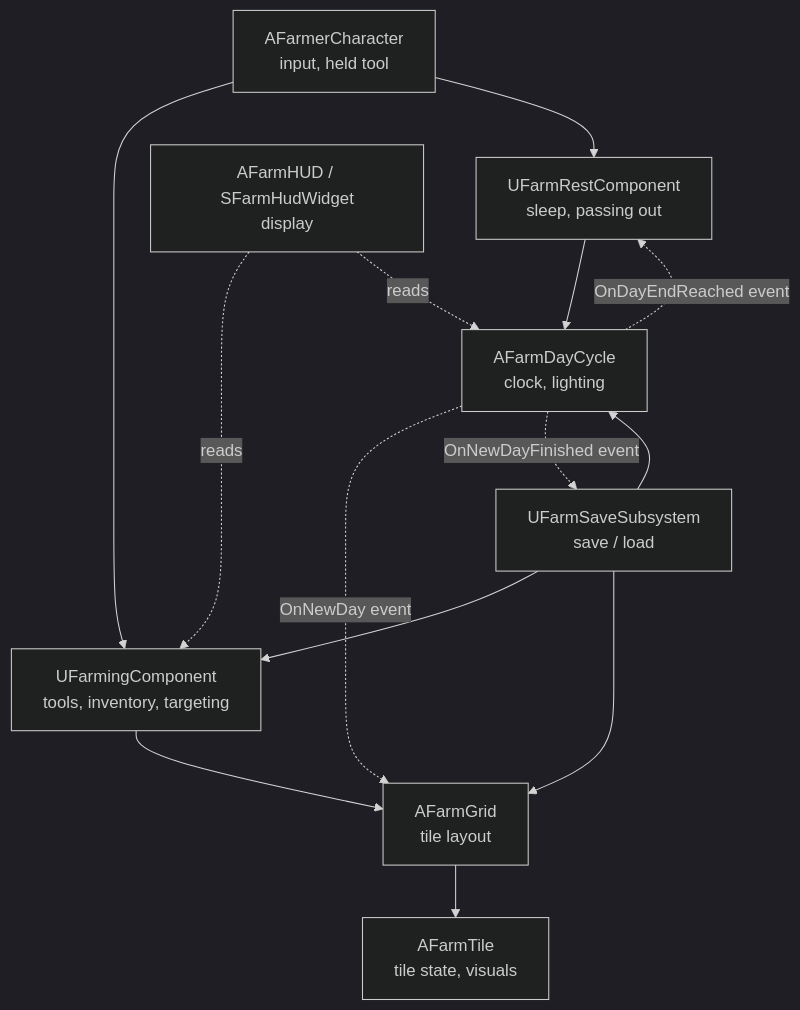
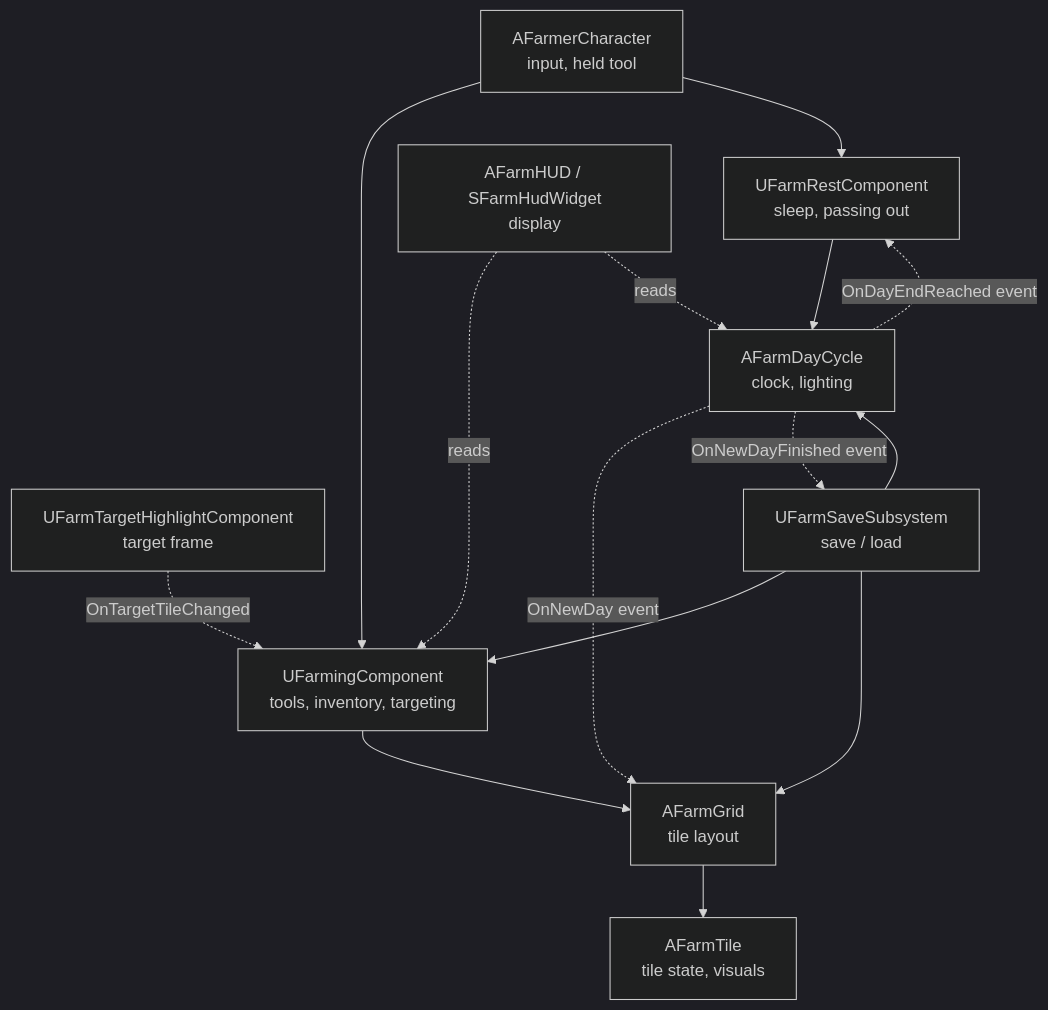
The first of 2 diagrams in Docs/Architecture.md (DunderGG/FarmSim), drawn with Mermaid (dark theme) before and after one commit. The commit also changed other lines of this file and 10 other files, not shown here.

First line of the commit message:
Replace the debug tile highlight with a shipping component

````diff
--- a/Docs/Architecture.md
+++ b/Docs/Architecture.md
@@ -348,16 +349,17 @@
 ```mermaid
 flowchart TD
     Input[AFarmerCharacter<br/>input, held tool] --> Farming[UFarmingComponent<br/>tools, inventory, targeting]
     Input --> Rest[UFarmRestComponent<br/>sleep, passing out]
     HUD[AFarmHUD / SFarmHudWidget<br/>display] -.reads.-> Farming
     HUD -.reads.-> DayCycle
+    Highlight[UFarmTargetHighlightComponent<br/>target frame] -. OnTargetTileChanged .-> Farming
     Save[UFarmSaveSubsystem<br/>save / load] --> Farming
     Save --> Grid
     Save --> DayCycle
     Farming --> Grid[AFarmGrid<br/>tile layout]
     Rest --> DayCycle[AFarmDayCycle<br/>clock, lighting]
     DayCycle -. OnDayEndReached event .-> Rest
     Grid --> Tile[AFarmTile<br/>tile state, visuals]
     DayCycle -. OnNewDay event .-> Grid
     DayCycle -. OnNewDayFinished event .-> Save
 ```
````
